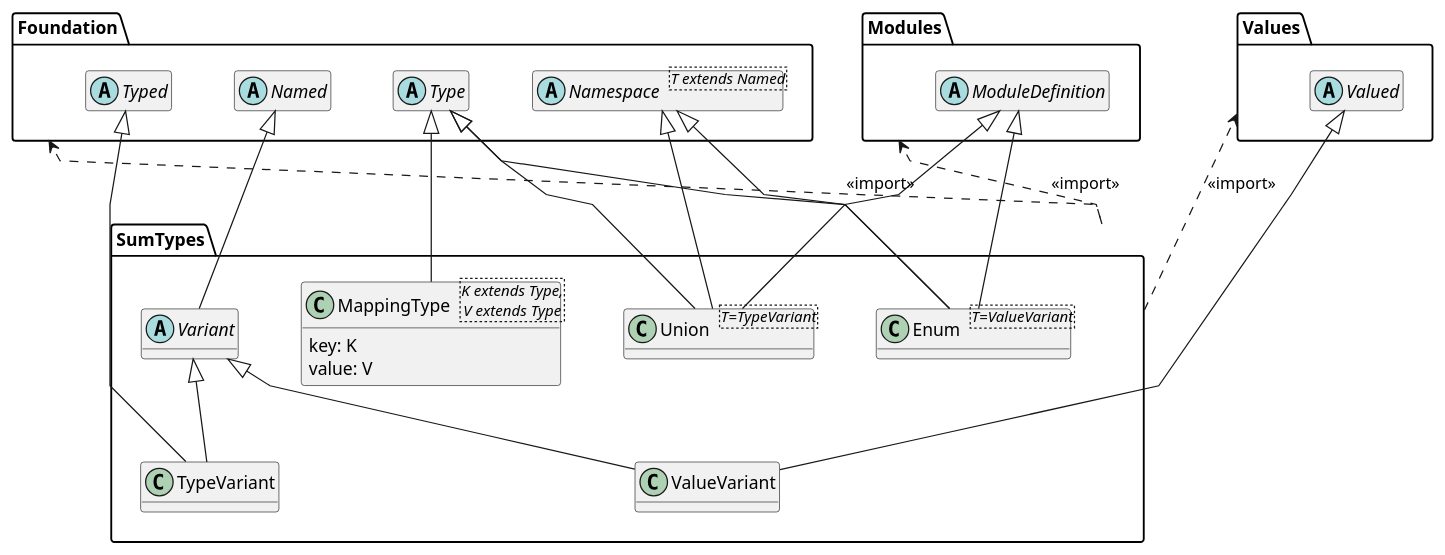
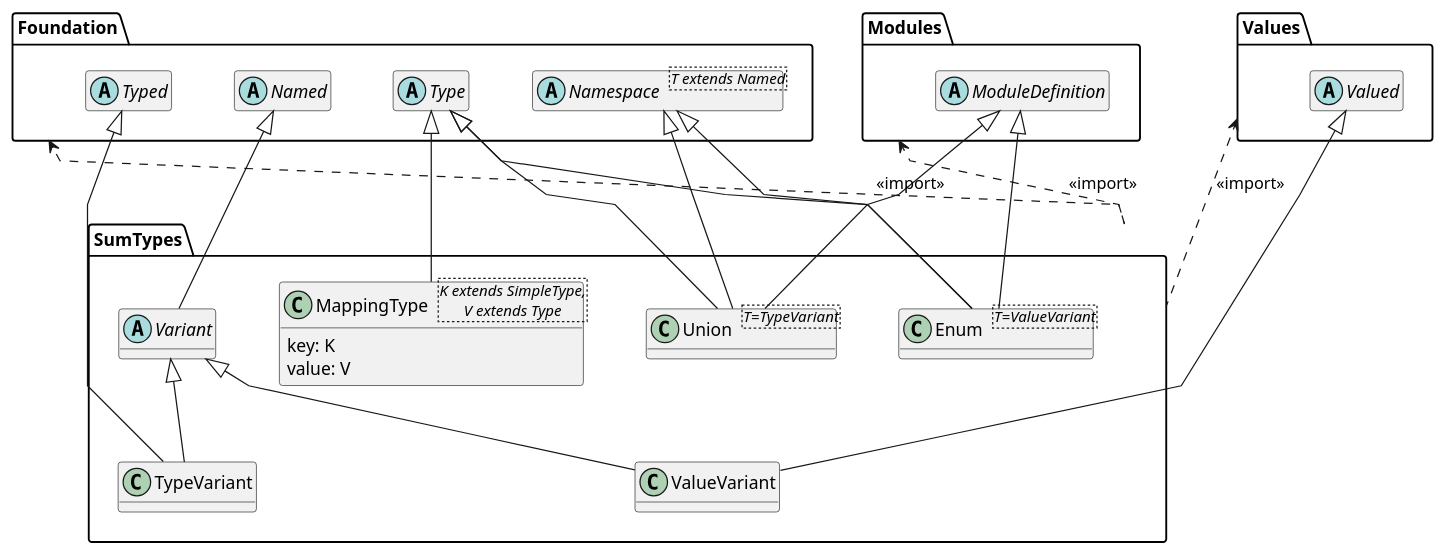
The ninth of 18 diagrams in docs/meta-model.org (sdm-lang/sdml-io), drawn with PlantUML before and after one commit. The commit also changed other lines of this file and 20 other files, not shown here.

```diff
--- a/docs/meta-model.org
+++ b/docs/meta-model.org
@@ -622,58 +1107,59 @@
 #+BEGIN_SRC plantuml :file ./metamodel-sum-types.svg
 @startuml
 skinparam backgroundColor transparent
 skinparam linetype polyline
 skinparam nodesep 50
 hide methods
 
 package Foundation {
     hide members
     abstract class Named {}
     abstract class "Namespace<T extends Named>" as g_Namespace {}
     abstract class Type {}
     abstract class Typed {}
 }
 
 package Modules {
     hide members
     abstract class ModuleDefinition {}
 }
 
 package Values {
     hide members
     abstract class Valued {}
 }
 
 package SumTypes {
     class "Enum<T=ValueVariant>" as g_Enum {}
     class "Union<T=TypeVariant>" as g_Union {}
-    abstract class Variant {}
-    class TypeVariant {}
-    class ValueVariant {}
 
     g_Enum -up-|> Type
     g_Enum -up-|> ModuleDefinition
     g_Enum -up-|> g_Namespace
 
     g_Union -up-|> Type
     g_Union -up-|> ModuleDefinition
     g_Union -up-|> g_Namespace
 
+    abstract class Variant {}
+    class TypeVariant {}
+    class ValueVariant {}
+
     Variant -up-|> Named
     TypeVariant -up-|> Variant
     TypeVariant -up-|> Typed
     ValueVariant -up-|> Variant
     ValueVariant -up-|> Valued
 
-    class "MappingType<K extends Type,\nV extends Type>" as g_MappingType {
+    class "MappingType<K extends SimpleType,\nV extends Type>" as g_MappingType {
         key: K
         value: V
     }
     g_MappingType -up-|> Type
 }
 
 SumTypes .up.> Foundation: <<import>>
 SumTypes .up.> Values: <<import>>
 SumTypes .down.> Modules: <<import>>
 @enduml
 #+END_SRC
```
